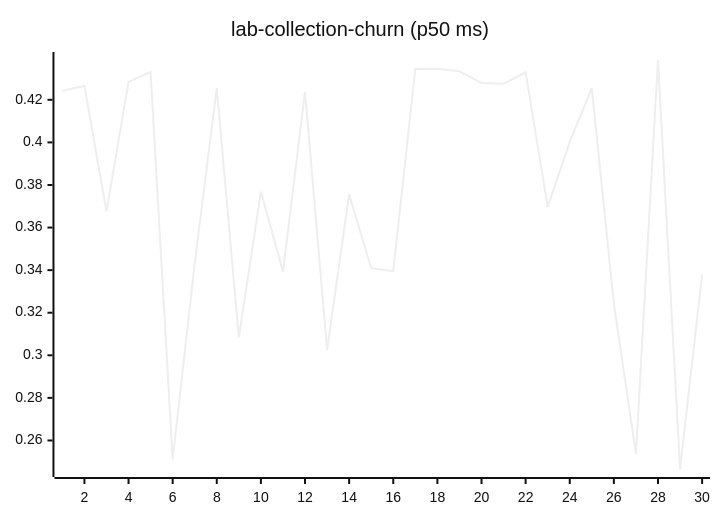
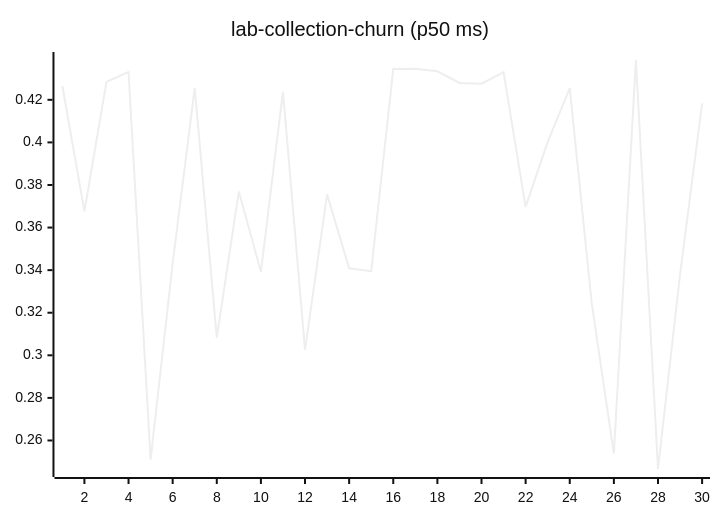
Before and after one commit to josha/Facet: diagram 11 of 27 in README.md, drawn with Mermaid (neutral theme). The commit also changed other lines of this file and 2 other files, not shown here.

````diff
--- a/README.md
+++ b/README.md
@@ -133,6 +133,6 @@
 ```mermaid
 xychart-beta
     title "lab-collection-churn (p50 ms)"
     x-axis 1 --> 30
-    line [0.4243, 0.4265, 0.3676, 0.4284, 0.4331, 0.2510, 0.3432, 0.4256, 0.3083, 0.3769, 0.3392, 0.4238, 0.3026, 0.3756, 0.3409, 0.3395, 0.4345, 0.4346, 0.4334, 0.4279, 0.4276, 0.4329, 0.3697, 0.4002, 0.4255, 0.3242, 0.2538, 0.4387, 0.2466, 0.3379]
+    line [0.4265, 0.3676, 0.4284, 0.4331, 0.2510, 0.3432, 0.4256, 0.3083, 0.3769, 0.3392, 0.4238, 0.3026, 0.3756, 0.3409, 0.3395, 0.4345, 0.4346, 0.4334, 0.4279, 0.4276, 0.4329, 0.3697, 0.4002, 0.4255, 0.3242, 0.2538, 0.4387, 0.2466, 0.3379, 0.4183]
 ```
````
